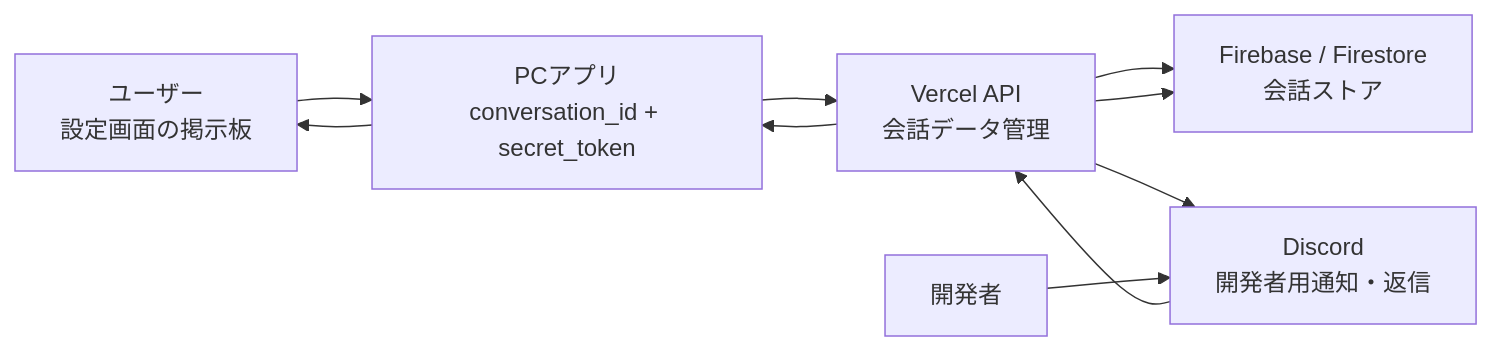
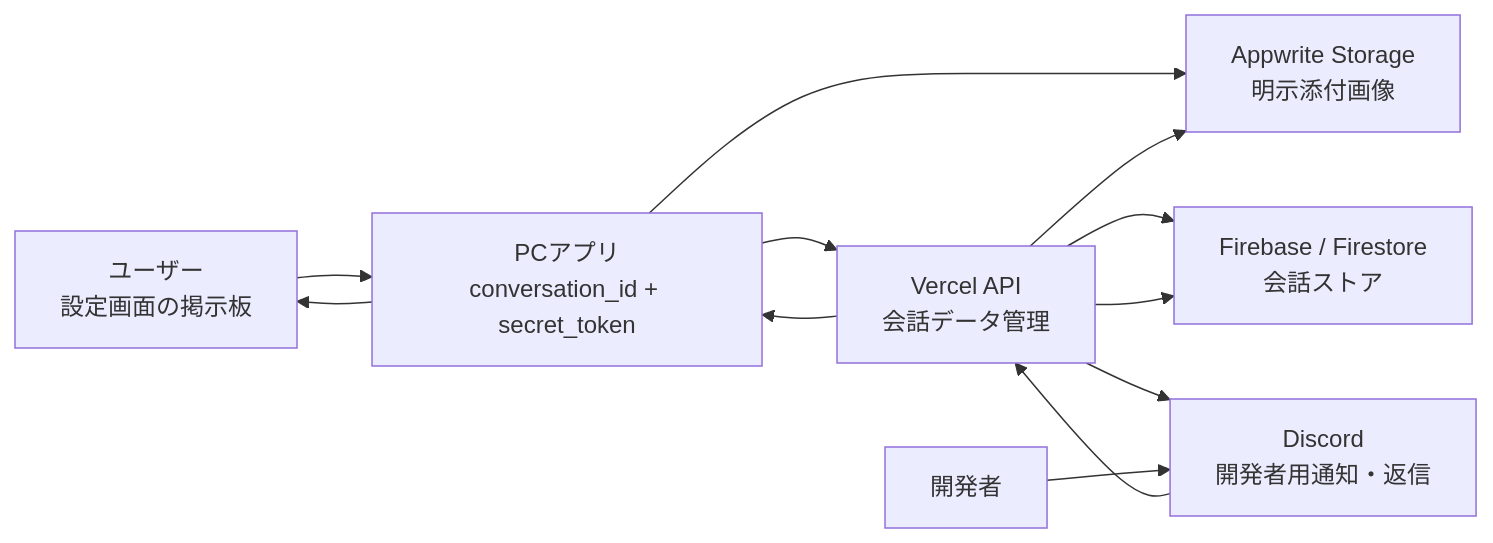
Before and after one commit to ore-no-fusen/ore-no-fusen: the first of 4 diagrams in docs-v2/007_COMMUNICATION.md, drawn with Mermaid. The commit also changed other lines of this file and 3 other files, not shown here.

Commit message:
docs: document feedback image sequence

````diff
--- a/docs-v2/007_COMMUNICATION.md
+++ b/docs-v2/007_COMMUNICATION.md
@@ -90,19 +91,22 @@
 ```mermaid
 flowchart LR
     User["ユーザー<br>設定画面の掲示板"]
     PC["PCアプリ<br>conversation_id + secret_token"]
     API["Vercel API<br>会話データ管理"]
     Firestore["Firebase / Firestore<br>会話ストア"]
+    Storage["Appwrite Storage<br>明示添付画像"]
     Discord["Discord<br>開発者用通知・返信"]
     Dev["開発者"]
 
     User --> PC
     PC --> API
+    PC --> Storage
+    API --> Storage
     API --> Firestore
     API --> Discord
     Dev --> Discord
     Discord --> API
     API --> Firestore
     API --> PC
     PC --> User
 ```
````
